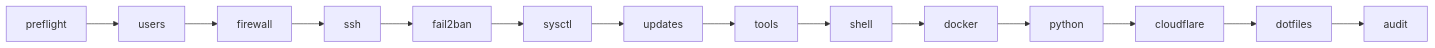
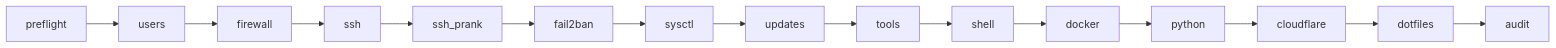
Before and after one commit to extencil/postinstall: the diagram in README.md, drawn with Mermaid. The commit also changed other lines of this file and 23 other files, not shown here.

````diff
--- a/README.md
+++ b/README.md
@@ -56,6 +59,6 @@
 ```mermaid
 flowchart LR
-    preflight --> users --> firewall --> ssh --> fail2ban --> sysctl
+    preflight --> users --> firewall --> ssh --> ssh_prank --> fail2ban --> sysctl
     sysctl --> updates --> tools --> shell --> docker --> python
     python --> cloudflare --> dotfiles --> audit
 ```
````
